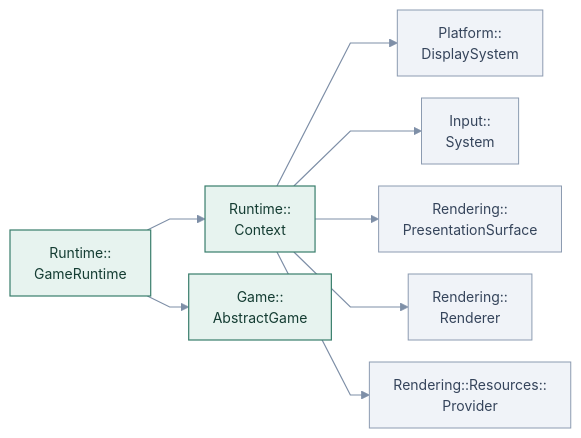
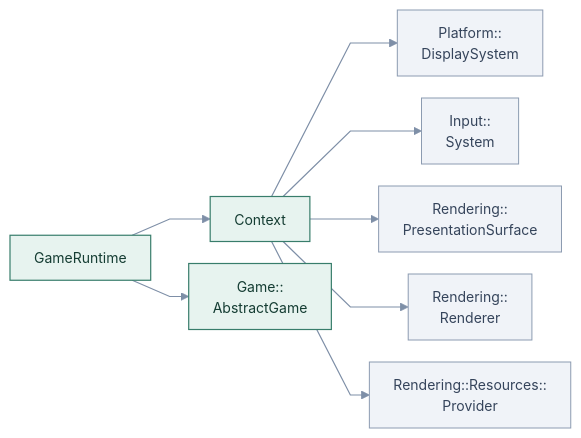
Before and after one commit to cppcooper/cheryl-engine: the diagram in docs/site/engine-systems/diagrams/runtime-focus-assembly.mmd, drawn with Mermaid. The commit also changed 54 other files, not shown here.

First line of the commit message:
Simplifies signatures and namespace labels across subsystem diagrams

```diff
--- a/docs/site/engine-systems/diagrams/runtime-focus-assembly.mmd
+++ b/docs/site/engine-systems/diagrams/runtime-focus-assembly.mmd
@@ -1,36 +1,36 @@
 ---
 config:
   theme: base
   themeVariables:
     fontFamily: system-ui, sans-serif
     fontSize: 14px
   flowchart:
     htmlLabels: true
     curve: linear
     nodeSpacing: 22
     rankSpacing: 38
     padding: 12
 ---
 flowchart LR
     accTitle: Runtime · simple adapter assembly
-    accDescr: Arrows point toward dependencies. Application roles are rounded; named API operations have rounded corners. Dashed arrows mark optional choices.
-    k0["Runtime::<br/>GameRuntime"]:::focal
-    k1["Runtime::<br/>Context"]:::focal
+    accDescr: Local names omit Runtime::; ambiguous nested namespaces remain qualified. Local names omit Runtime::; ambiguous nested namespaces remain qualified. Arrows point toward dependencies. Application roles are rounded; named API operations have rounded corners. Dashed arrows mark optional choices.
+    k0["GameRuntime"]:::focal
+    k1["Context"]:::focal
     k2["Game::<br/>AbstractGame"]:::focal
     k3["Platform::<br/>DisplaySystem"]:::neighbor
     k4["Input::<br/>System"]:::neighbor
     k5["Rendering::<br/>PresentationSurface"]:::neighbor
     k6["Rendering::<br/>Renderer"]:::neighbor
     k7["Rendering::Resources::<br/>Provider"]:::neighbor
     k0 --> k1
     k0 --> k2
     k1 --> k3
     k1 --> k4
     k1 --> k5
     k1 --> k6
     k1 --> k7
     classDef focal fill:#e7f3ef,stroke:#387d6b,color:#153d33,stroke-width:1.2px
     classDef neighbor fill:#f0f3f8,stroke:#8c9bb1,color:#35445b,stroke-width:1px
     classDef app fill:#fff2df,stroke:#c09452,color:#674515,stroke-dasharray:5 3
     classDef system fill:#eaf0fc,stroke:#617fab,color:#263f69,stroke-width:1.2px
     linkStyle default stroke:#7e8fa7,stroke-width:1.2px
```
